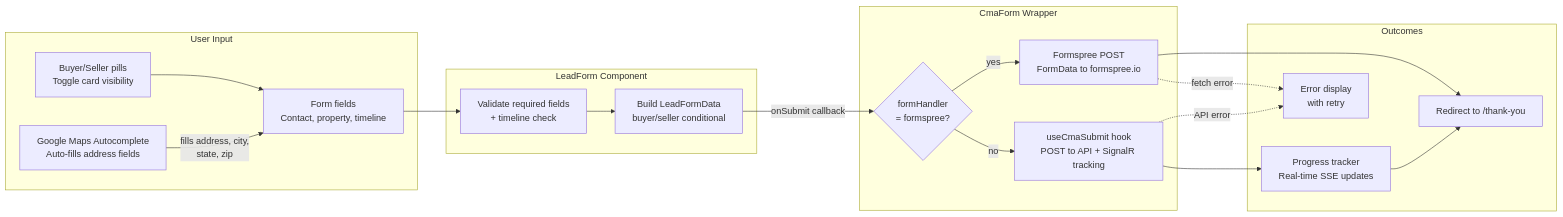
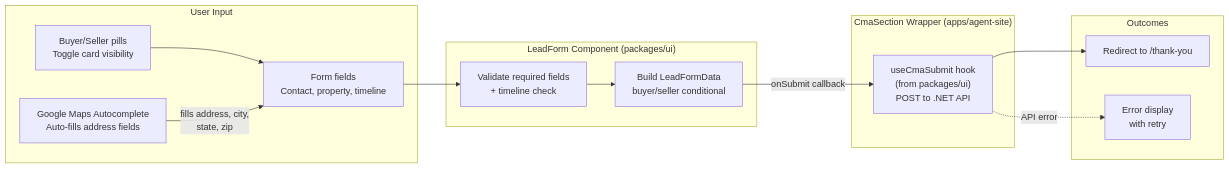
One commit to edward-rosado/jenisesells-website changed the diagram in docs/architecture/lead-form-data-flow.md. Above: the diagram before and after it, drawn with Mermaid. The commit also changed other lines of this file and 34 other files, not shown here.

First line of the commit message:
feat: consolidate CMA form submission into packages/ui, remove Formspree

````diff
--- a/docs/architecture/lead-form-data-flow.md
+++ b/docs/architecture/lead-form-data-flow.md
@@ -5,38 +5,30 @@
 ```mermaid
 flowchart LR
     subgraph UserInput ["User Input"]
         Pills["Buyer/Seller pills<br/>Toggle card visibility"]
         GMaps["Google Maps Autocomplete<br/>Auto-fills address fields"]
         Fields["Form fields<br/>Contact, property, timeline"]
     end
 
-    subgraph LeadForm ["LeadForm Component"]
+    subgraph LeadForm ["LeadForm Component (packages/ui)"]
         Validate["Validate required fields<br/>+ timeline check"]
         Build["Build LeadFormData<br/>buyer/seller conditional"]
     end
 
-    subgraph CmaFormWrapper ["CmaForm Wrapper"]
-        ModeCheck{"formHandler<br/>= formspree?"}
-        Formspree["Formspree POST<br/>FormData to formspree.io"]
-        ApiMode["useCmaSubmit hook<br/>POST to API + SignalR tracking"]
+    subgraph CmaSectionWrapper ["CmaSection Wrapper (apps/agent-site)"]
+        Submit["useCmaSubmit hook<br/>(from packages/ui)<br/>POST to .NET API"]
     end
 
     subgraph Outcomes ["Outcomes"]
         ThankYou["Redirect to /thank-you"]
-        Progress["Progress tracker<br/>Real-time SSE updates"]
         Error["Error display<br/>with retry"]
     end
 
     Pills --> Fields
     GMaps -->|"fills address, city,<br/>state, zip"| Fields
     Fields --> Validate
     Validate --> Build
-    Build -->|"onSubmit callback"| ModeCheck
-    ModeCheck -->|"yes"| Formspree
-    ModeCheck -->|"no"| ApiMode
-    Formspree --> ThankYou
-    ApiMode --> Progress
-    Formspree -.->|"fetch error"| Error
-    ApiMode -.->|"API error"| Error
-    Progress --> ThankYou
+    Build -->|"onSubmit callback"| Submit
+    Submit --> ThankYou
+    Submit -.->|"API error"| Error
 ```
````
